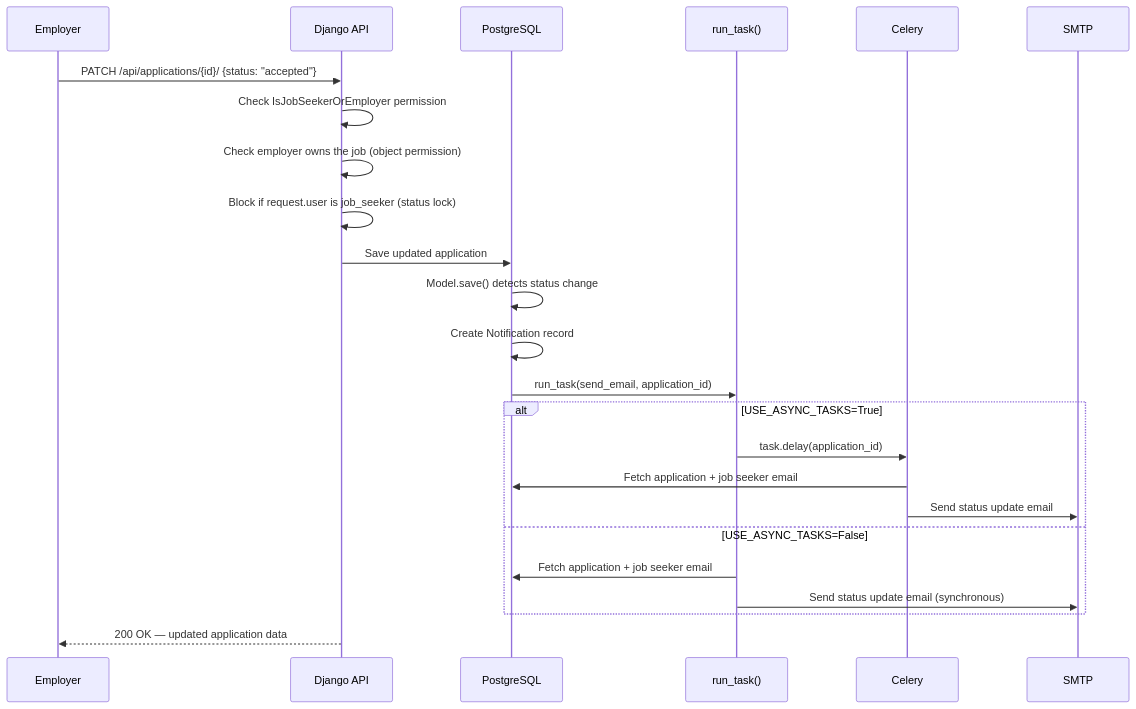
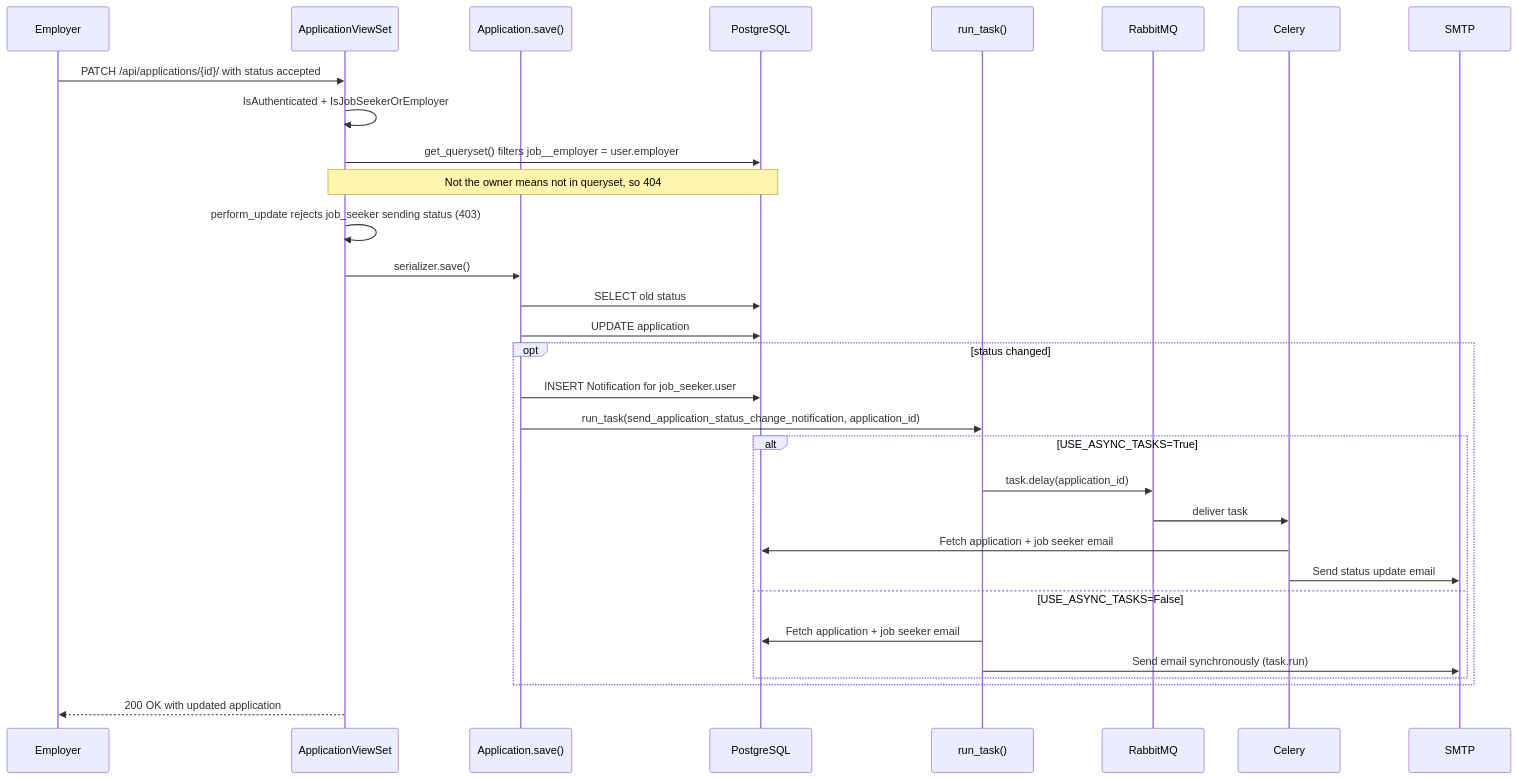
The third of 3 diagrams in README.md (jubriltayo/anywork), drawn with Mermaid before and after one commit. The commit also changed other lines of this file, not shown here.

First line of the commit message:
Refine application diagrams and user roles in README

````diff
--- a/README.md
+++ b/README.md
@@ -243,29 +269,37 @@
 ```mermaid
 sequenceDiagram
     participant Employer
-    participant API as Django API
+    participant API as ApplicationViewSet
+    participant Model as Application.save()
     participant DB as PostgreSQL
     participant Handler as run_task()
+    participant MQ as RabbitMQ
     participant Celery
     participant SMTP
 
-    Employer->>API: PATCH /api/applications/{id}/ {status: "accepted"}
-    API->>API: Check IsJobSeekerOrEmployer permission
-    API->>API: Check employer owns the job (object permission)
-    API->>API: Block if request.user is job_seeker (status lock)
-    API->>DB: Save updated application
-    DB->>DB: Model.save() detects status change
-    DB->>DB: Create Notification record
-    DB->>Handler: run_task(send_email, application_id)
+    Employer->>API: PATCH /api/applications/{id}/ with status accepted
+    API->>API: IsAuthenticated + IsJobSeekerOrEmployer
+    API->>DB: get_queryset() filters job__employer = user.employer
+    Note over API,DB: Not the owner means not in queryset, so 404
+    API->>API: perform_update rejects job_seeker sending status (403)
+    API->>Model: serializer.save()
+    Model->>DB: SELECT old status
+    Model->>DB: UPDATE application
 
-    alt USE_ASYNC_TASKS=True
-        Handler->>Celery: task.delay(application_id)
-        Celery->>DB: Fetch application + job seeker email
-        Celery->>SMTP: Send status update email
-    else USE_ASYNC_TASKS=False
-        Handler->>DB: Fetch application + job seeker email
-        Handler->>SMTP: Send status update email (synchronous)
+    opt status changed
+        Model->>DB: INSERT Notification for job_seeker.user
+        Model->>Handler: run_task(send_application_status_change_notification, application_id)
+
+        alt USE_ASYNC_TASKS=True
+            Handler->>MQ: task.delay(application_id)
+            MQ->>Celery: deliver task
+            Celery->>DB: Fetch application + job seeker email
+            Celery->>SMTP: Send status update email
+        else USE_ASYNC_TASKS=False
+            Handler->>DB: Fetch application + job seeker email
+            Handler->>SMTP: Send email synchronously (task.run)
+        end
     end
 
-    API-->>Employer: 200 OK — updated application data
+    API-->>Employer: 200 OK with updated application
 ```
````
